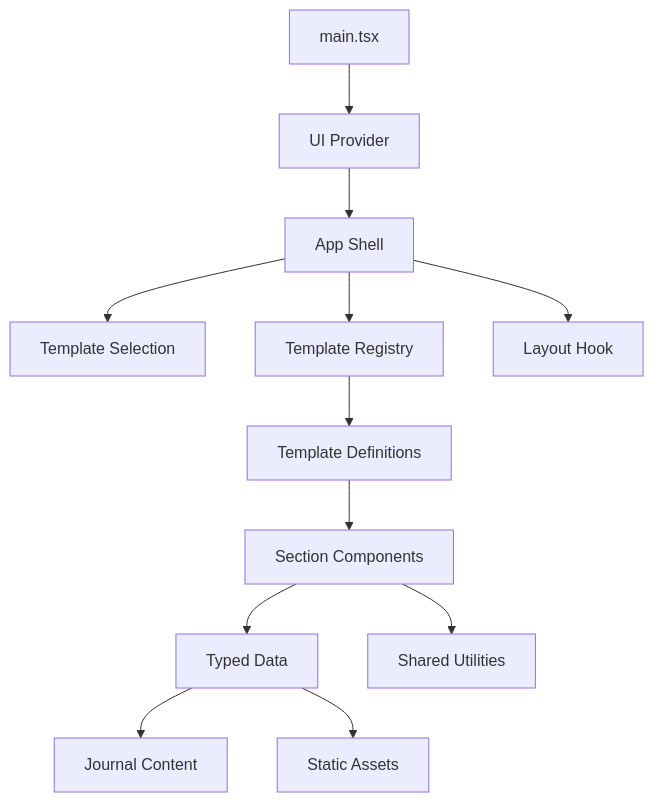
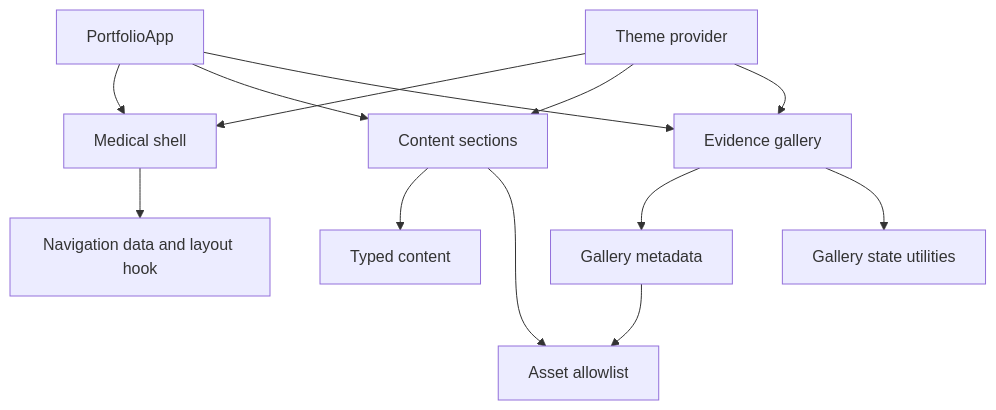
One commit to StratusNebulosus/StratusNebulosus.github.io changed the diagram in aidlc-docs/inception/reverse-engineering/dependencies.md. Above: the diagram before and after it, drawn with Mermaid. The commit also changed other lines of this file and 299 other files, not shown here.

````diff
--- a/aidlc-docs/inception/reverse-engineering/dependencies.md
+++ b/aidlc-docs/inception/reverse-engineering/dependencies.md
@@ -5,27 +5,15 @@
 ```mermaid
 flowchart TD
-    Main["main.tsx"]
-    Provider["UI Provider"]
-    App["App Shell"]
-    Selection["Template Selection"]
-    Registry["Template Registry"]
-    Templates["Template Definitions"]
-    Components["Section Components"]
-    Hooks["Layout Hook"]
-    Data["Typed Data"]
-    Utils["Shared Utilities"]
-    Content["Journal Content"]
-    Assets["Static Assets"]
-
-    Main --> Provider
-    Provider --> App
-    App --> Selection
-    App --> Registry
-    App --> Hooks
-    Registry --> Templates
-    Templates --> Components
-    Components --> Data
-    Components --> Utils
-    Data --> Content
-    Data --> Assets
+    App["PortfolioApp"] --> Shell["Medical shell"]
+    App --> ContentComponents["Content sections"]
+    App --> GalleryComponents["Evidence gallery"]
+    ContentComponents --> MedicalContent["Typed content"]
+    ContentComponents --> AssetAllowlist["Asset allowlist"]
+    GalleryComponents --> GalleryData["Gallery metadata"]
+    GalleryComponents --> GalleryUtils["Gallery state utilities"]
+    GalleryData --> AssetAllowlist
+    Shell --> Navigation["Navigation data and layout hook"]
+    ThemeProvider["Theme provider"] --> Shell
+    ThemeProvider --> ContentComponents
+    ThemeProvider --> GalleryComponents
 ```
````
